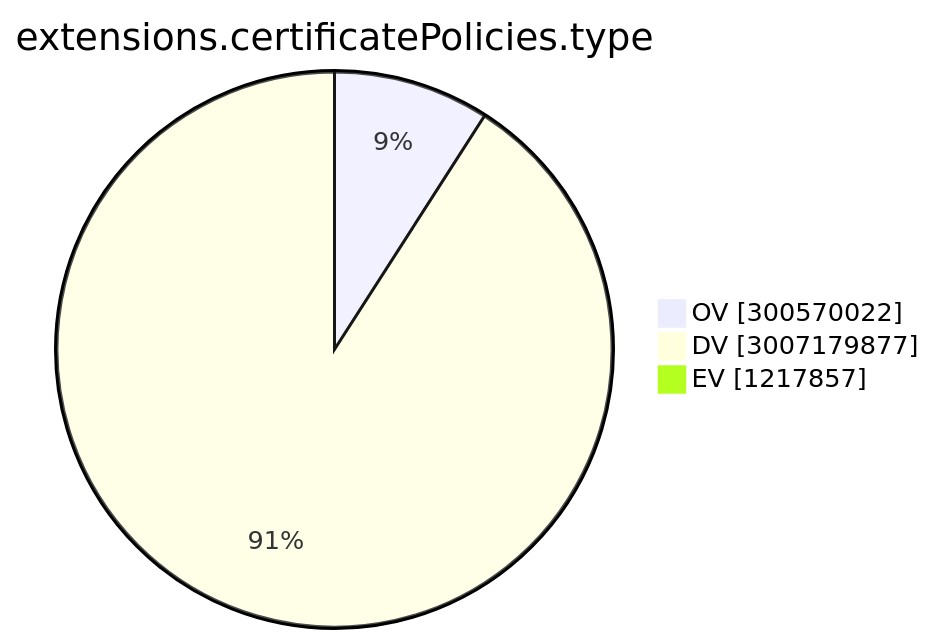
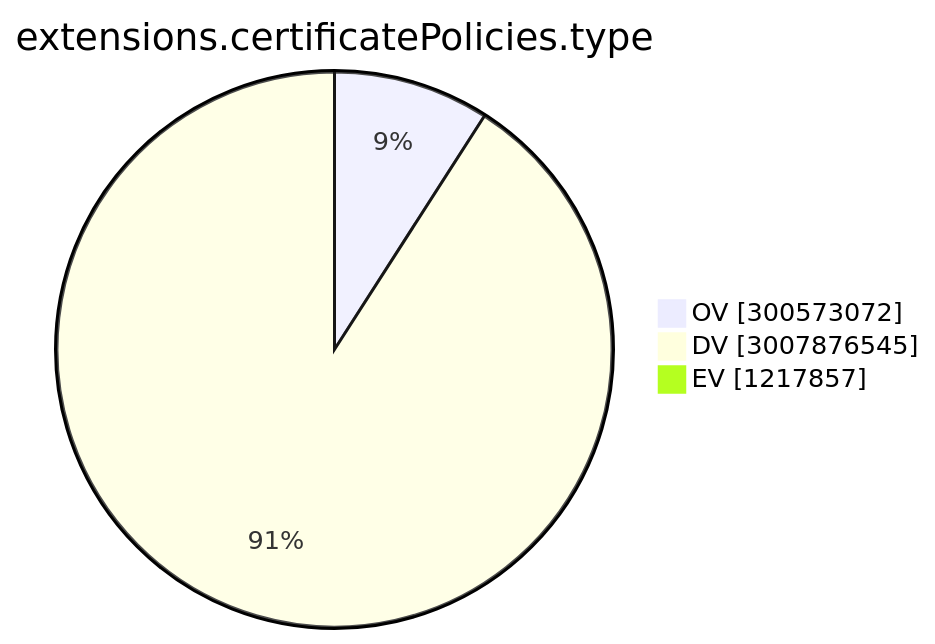
One commit to christiankrug/ctmonitor_visualization changed the ninth of 15 diagrams in TOTAL/README.md. Above: the diagram before and after it, drawn with Mermaid. The commit also changed other lines of this file, not shown here.

````diff
--- a/TOTAL/README.md
+++ b/TOTAL/README.md
@@ -3102,7 +3102,7 @@
 ```mermaid
 pie showData
 title extensions.certificatePolicies.type
-"OV" :300570022
-"DV" :3007179877
+"OV" :300573072
+"DV" :3007876545
 "EV" :1217857
 ```
````
